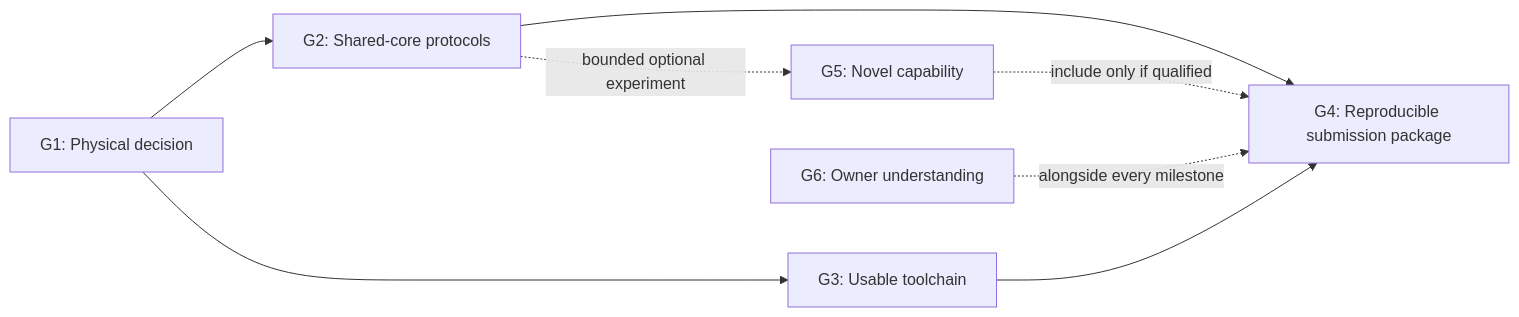
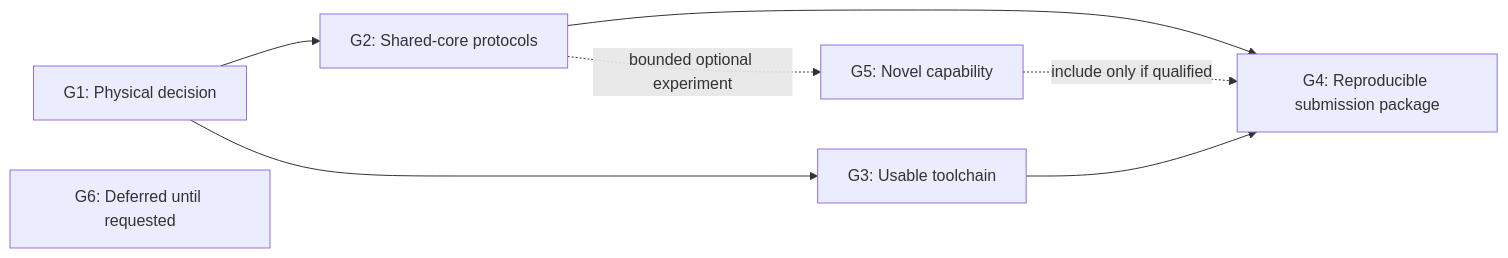
The diagram in docs/goals.md (KG-khangelani/protocol-emulator-asic), drawn with Mermaid before and after one commit. The commit also changed other lines of this file and 4 other files, not shown here.

````diff
--- a/docs/goals.md
+++ b/docs/goals.md
@@ -31,10 +31,10 @@
 ```mermaid
 flowchart LR
     G1["G1: Physical decision"] --> G2["G2: Shared-core protocols"]
     G1 --> G3["G3: Usable toolchain"]
     G2 --> G4["G4: Reproducible submission package"]
     G3 --> G4
     G2 -. bounded optional experiment .-> G5["G5: Novel capability"]
     G5 -. include only if qualified .-> G4
-    G6["G6: Owner understanding"] -. alongside every milestone .-> G4
+    G6["G6: Deferred until requested"]
 ```
````
